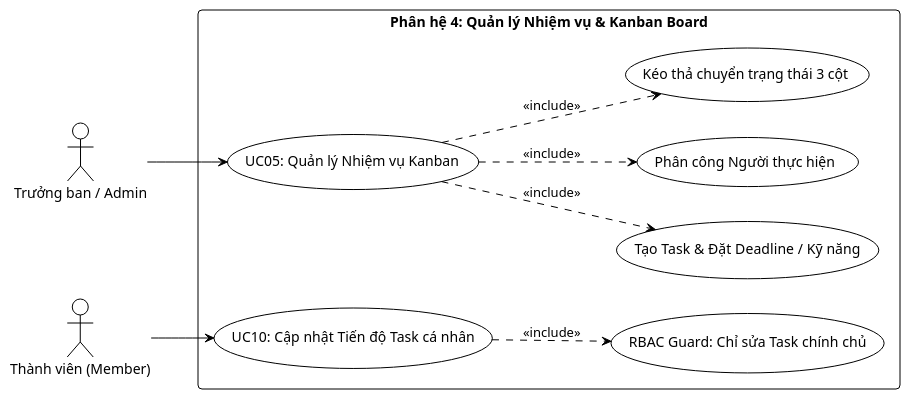
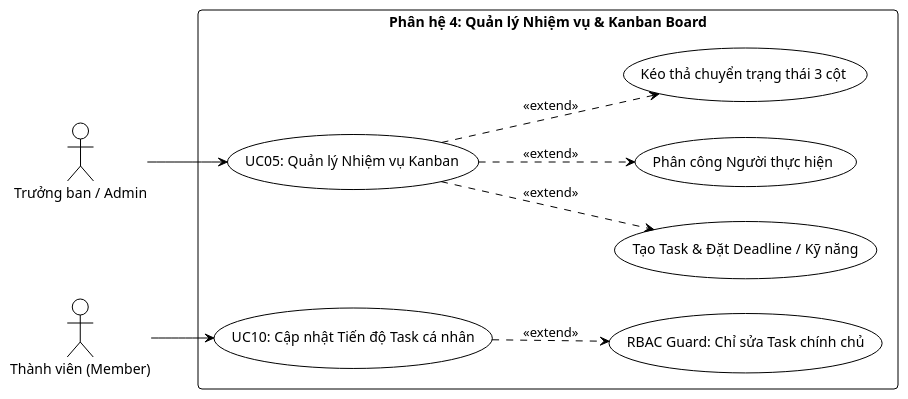
Before and after one commit to nda2801/Student_Club_Management: the sixth of 14 diagrams in CacGiaiDoanThucHien/GiaiDoan_KT1_KhaoSat_YeuCau_ThietKe_Tuan1_Tuan3/08_KhaoSat_PhanTich_YeuCau_ChucNang_PhiChucNang.md, drawn with PlantUML. The commit also changed other lines of this file and 310 other files, not shown here.

Commit message:
docs: update SDLC documentation, AI proofs, diagrams and system configuration

```diff
--- a/CacGiaiDoanThucHien/GiaiDoan_KT1_KhaoSat_YeuCau_ThietKe_Tuan1_Tuan3/08_KhaoSat_PhanTich_YeuCau_ChucNang_PhiChucNang.md
+++ b/CacGiaiDoanThucHien/GiaiDoan_KT1_KhaoSat_YeuCau_ThietKe_Tuan1_Tuan3/08_KhaoSat_PhanTich_YeuCau_ChucNang_PhiChucNang.md
@@ -628,27 +628,27 @@
 @startuml usecase_sub4_task
 !theme plain
 skinparam backgroundColor #FFFFFF
 skinparam shadowing false
 skinparam roundcorner 8
 
 left to right direction
 actor "Trưởng ban / Admin" as Leader
 actor "Thành viên (Member)" as Member
 
 rectangle "Phân hệ 4: Quản lý Nhiệm vụ & Kanban Board" {
     usecase "UC05: Quản lý Nhiệm vụ Kanban" as UC05
     usecase "Tạo Task & Đặt Deadline / Kỹ năng" as UC05_Create
     usecase "Phân công Người thực hiện" as UC05_Assign
     usecase "Kéo thả chuyển trạng thái 3 cột" as UC05_Move
     usecase "UC10: Cập nhật Tiến độ Task cá nhân" as UC10
     usecase "RBAC Guard: Chỉ sửa Task chính chủ" as UC10_RBAC
 }
 
 Leader --> UC05
-UC05 ..> UC05_Create : <<include>>
-UC05 ..> UC05_Assign : <<include>>
-UC05 ..> UC05_Move : <<include>>
+UC05 ..> UC05_Create : <<extend>>
+UC05 ..> UC05_Assign : <<extend>>
+UC05 ..> UC05_Move : <<extend>>
 
 Member --> UC10
-UC10 ..> UC10_RBAC : <<include>>
+UC10 ..> UC10_RBAC : <<extend>>
 @enduml
```
